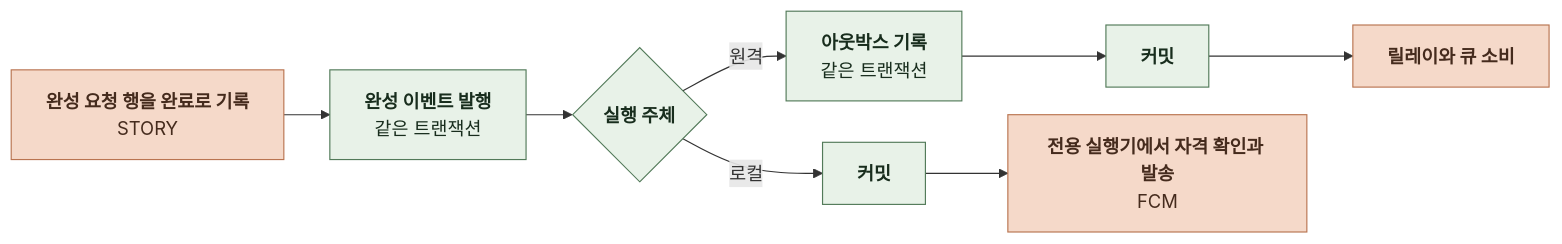
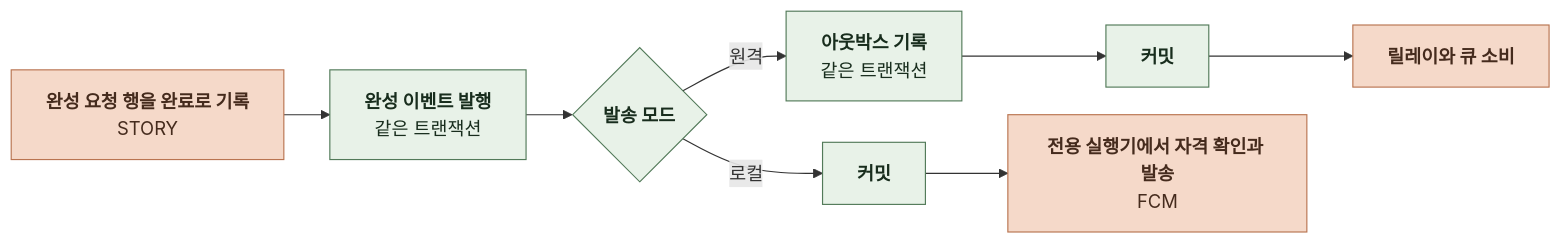
Before and after one commit to KIM-N-KANG/knk-harness: the fifth of 13 diagrams in docs/domain/NOTIFICATION/BACKEND/4-1-PIPELINES.md, drawn with Mermaid. The commit also changed other lines of this file and 5 other files, not shown here.

````diff
--- a/docs/domain/NOTIFICATION/BACKEND/4-1-PIPELINES.md
+++ b/docs/domain/NOTIFICATION/BACKEND/4-1-PIPELINES.md
@@ -133,19 +133,19 @@
 ```mermaid
 %%{init: {"flowchart": {"curve": "basis", "nodeSpacing": 24, "rankSpacing": 40}}}%%
 flowchart LR
     A["`**완성 요청 행을 완료로 기록**
 STORY`"] --> B["`**완성 이벤트 발행**
 같은 트랜잭션`"]
-    B --> C{"`**실행 주체**`"}
+    B --> C{"`**발송 모드**`"}
     C -->|원격| D["`**아웃박스 기록**
 같은 트랜잭션`"]
     D --> E["`**커밋**`"]
     E --> F["`**릴레이와 큐 소비**`"]
     C -->|로컬| G["`**커밋**`"]
     G --> H["`**전용 실행기에서 자격 확인과 발송**
 FCM`"]
     classDef comp fill:#E8F2E8,stroke:#527A59,color:#182D1D
     classDef task fill:#F5D9C9,stroke:#B97450,color:#452B1D
     class B,C,D,E,G comp
     class A,F,H task
 ```
````
